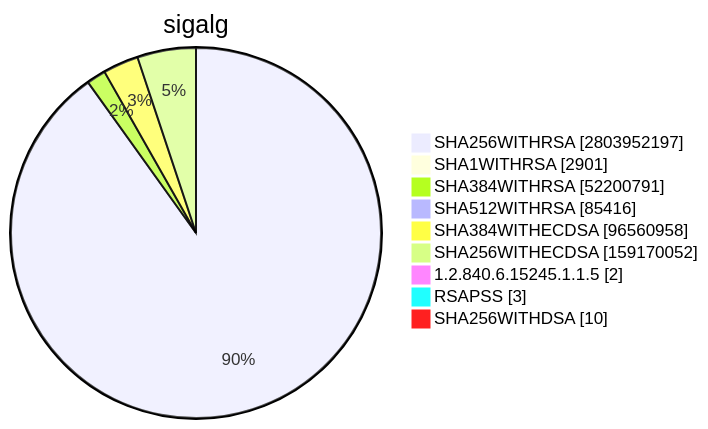
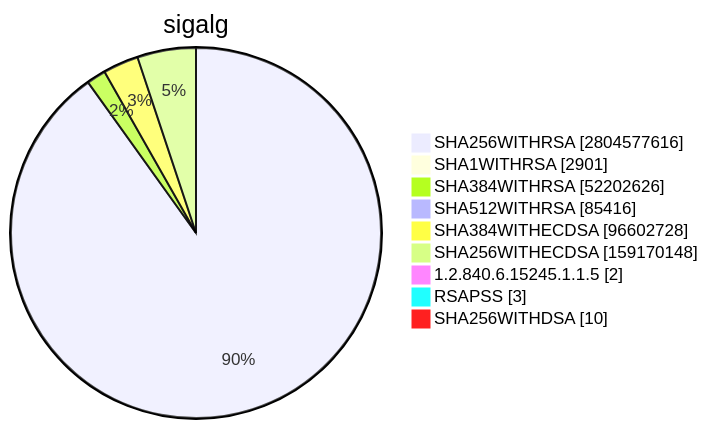
Diagram 15 of 15 in TOTAL/README.md (christiankrug/ctmonitor_visualization), drawn with Mermaid before and after one commit. The commit also changed other lines of this file, not shown here.

````diff
--- a/TOTAL/README.md
+++ b/TOTAL/README.md
@@ -6205,13 +6205,13 @@
 ```mermaid
 pie showData
 title sigalg
-"SHA256WITHRSA" :2803952197
+"SHA256WITHRSA" :2804577616
 "SHA1WITHRSA" :2901
-"SHA384WITHRSA" :52200791
+"SHA384WITHRSA" :52202626
 "SHA512WITHRSA" :85416
-"SHA384WITHECDSA" :96560958
-"SHA256WITHECDSA" :159170052
+"SHA384WITHECDSA" :96602728
+"SHA256WITHECDSA" :159170148
 "1.2.840.6.15245.1.1.5" :2
 "RSAPSS" :3
 "SHA256WITHDSA" :10
 ```
````
